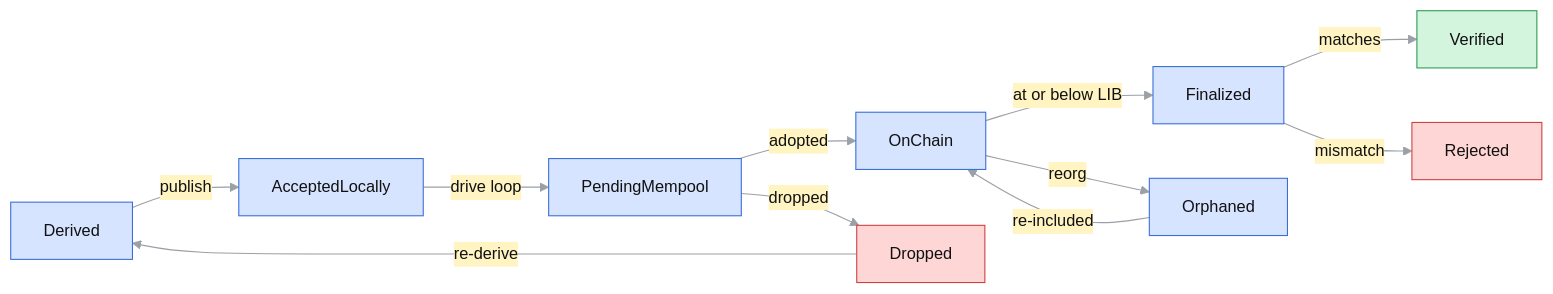
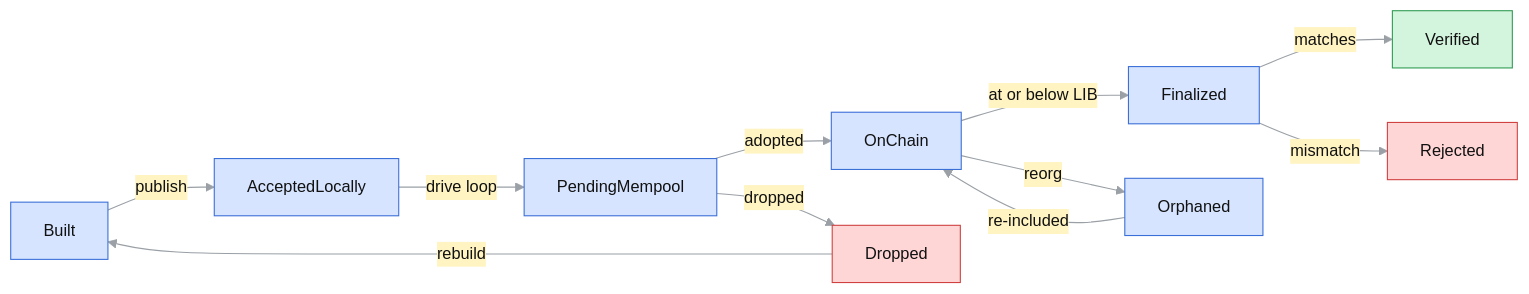
One commit to logos-co/logos-rln-membership-zone changed the fourth of 5 diagrams in docs/rfc-rln-membership-zone.md. Above: the diagram before and after it, drawn with Mermaid. The commit also changed other lines of this file, not shown here.

````diff
--- a/docs/rfc-rln-membership-zone.md
+++ b/docs/rfc-rln-membership-zone.md
@@ -500,21 +324,21 @@
 ```mermaid
 %%{init: {"theme": "base", "themeVariables": {"lineColor": "#9aa0a6", "primaryTextColor": "#111111", "edgeLabelBackground": "#fff4c2", "fontSize": "15px"}}}%%
 flowchart LR
-    DER["Derived"] -->|"publish"| ACL["AcceptedLocally"]
+    DER["Built"] -->|"publish"| ACL["AcceptedLocally"]
     ACL -->|"drive loop"| PEN["PendingMempool"]
     PEN -->|"adopted"| ONC["OnChain"]
     ONC -->|"at or below LIB"| FIN["Finalized"]
     FIN -->|"matches"| VER["Verified"]
     FIN -->|"mismatch"| REJ["Rejected"]
     PEN -->|"dropped"| DRO["Dropped"]
     ONC -->|"reorg"| ORP["Orphaned"]
     ORP -->|"re-included"| ONC
-    DRO -->|"re-derive"| DER
+    DRO -->|"rebuild"| DER
 
     classDef step fill:#d6e4ff,stroke:#3b6fd8,color:#111111
     classDef ok fill:#d4f5dd,stroke:#2e9b52,color:#111111
     classDef bad fill:#ffd6d6,stroke:#d04040,color:#111111
     class DER,ACL,PEN,ONC,FIN,ORP step
     class VER ok
     class REJ,DRO bad
 ```
````
